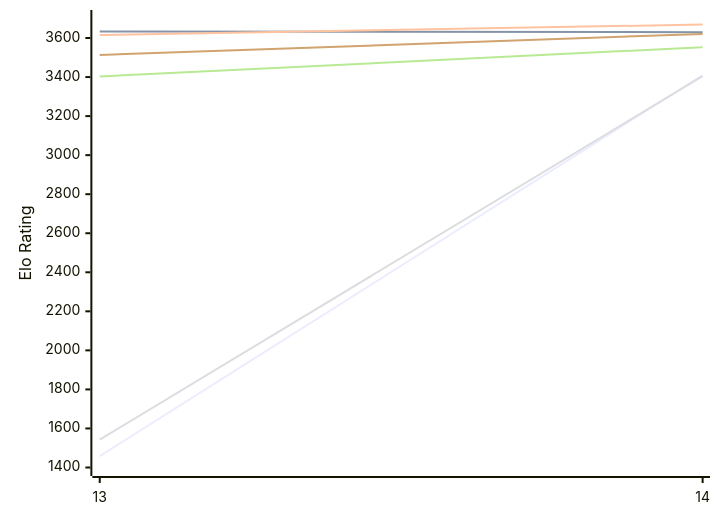
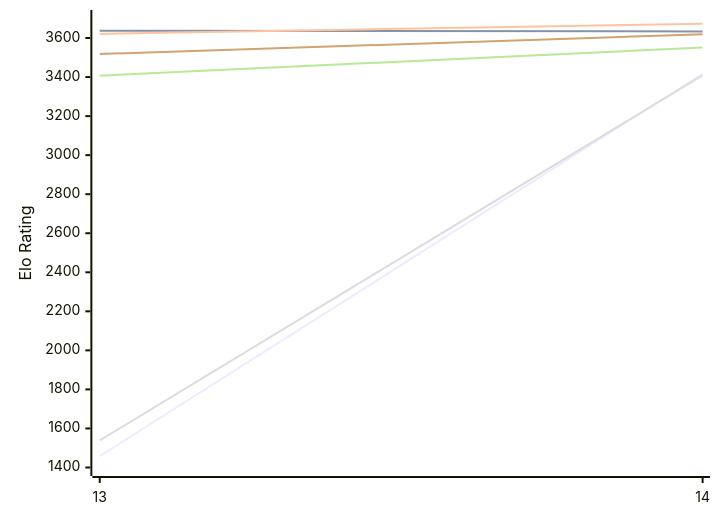
One commit to computer-chess-index/cci changed the first of 2 diagrams in engines/Berserk.md. Above: the diagram before and after it, drawn with Mermaid. The commit also changed other lines of this file, not shown here.

Commit message:
Update CCI Ratings (ELO VLTC) - 2026-11-20

````diff
--- a/engines/Berserk.md
+++ b/engines/Berserk.md
@@ -50,12 +50,12 @@
 ```mermaid
 %%{init: {"theme":"base","themeVariables":{"seriesColors:['#a3a3a3','#222221','#faa371']}}}%%
 xychart-beta
   x-axis ["13", "14"]
   y-axis "Elo Rating" 1400 --> 3700
-  line "E1: STC (8.0+0.08s)" [1458, 3410]
-  line "E1: LTC (60.0+0.60s)" [3633, 3630]
-  line "E1: VLTC (2m24s+1.12s)" [3615, 3669]
-  line "P1: STC (8.0+0.08s)" [1543, 3405]
-  line "P1: LTC (60.0+0.60s)" [3403, 3553]
-  line "P1: VLTC (2m24s+1.12s)" [3513, 3621]
+  line "E1: STC (8.0+0.08s)" [1458, 3417]
+  line "E1: LTC (60.0+0.60s)" [3637, 3634]
+  line "E1: VLTC (2m24s+1.12s)" [3621, 3673]
+  line "P1: STC (8.0+0.08s)" [1539, 3409]
+  line "P1: LTC (60.0+0.60s)" [3407, 3552]
+  line "P1: VLTC (2m24s+1.12s)" [3518, 3619]
 ```
````
